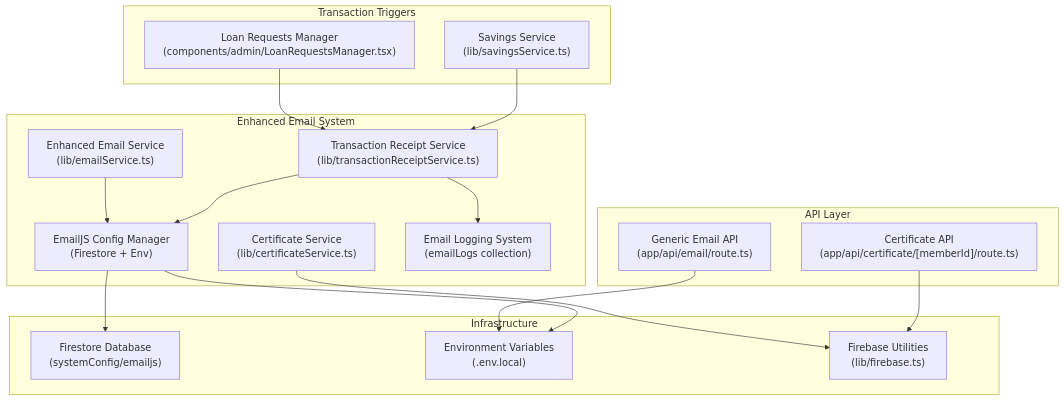
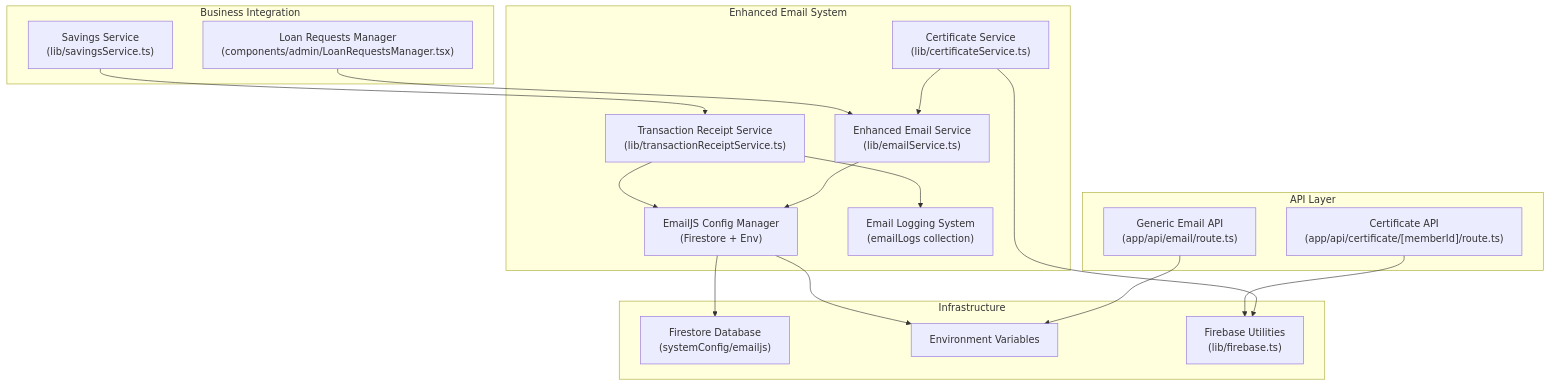
The first of 5 diagrams in .qoder/repowiki/en/content/Email & Notification System/Email & Notification System.md (Unsure-bry/sampacoop_system), drawn with Mermaid before and after one commit. The commit also changed other lines of this file and 24 other files, not shown here.

````diff
--- a/.qoder/repowiki/en/content/Email & Notification System/Email & Notification System.md
+++ b/.qoder/repowiki/en/content/Email & Notification System/Email & Notification System.md
@@ -57,33 +51,34 @@
 ```mermaid
 graph TB
 subgraph "Enhanced Email System"
 EmailSvc["Enhanced Email Service<br/>(lib/emailService.ts)"]
 TxReceipt["Transaction Receipt Service<br/>(lib/transactionReceiptService.ts)"]
 CertGen["Certificate Service<br/>(lib/certificateService.ts)"]
 EmailJSConfig["EmailJS Config Manager<br/>(Firestore + Env)"]
 EmailLogs["Email Logging System<br/>(emailLogs collection)"]
 end
 subgraph "API Layer"
 EmailAPI["Generic Email API<br/>(app/api/email/route.ts)"]
 CertRoute["Certificate API<br/>(app/api/certificate/[memberId]/route.ts)"]
 end
+subgraph "Business Integration"
+LoanMgr["Loan Requests Manager<br/>(components/admin/LoanRequestsManager.tsx)"]
+SavingsSvc["Savings Service<br/>(lib/savingsService.ts)"]
+end
 subgraph "Infrastructure"
 Firestore["Firestore Database<br/>(systemConfig/emailjs)"]
-Env["Environment Variables<br/>(.env.local)"]
+Env["Environment Variables<br/>"]
 Firebase["Firebase Utilities<br/>(lib/firebase.ts)"]
-end
-subgraph "Transaction Triggers"
-LoanMgr["Loan Requests Manager<br/>(components/admin/LoanRequestsManager.tsx)"]
-SavingsSvc["Savings Service<br/>(lib/savingsService.ts)"]
 end
 EmailSvc --> EmailJSConfig
 TxReceipt --> EmailJSConfig
 TxReceipt --> EmailLogs
 CertGen --> Firebase
+CertGen --> EmailSvc
+LoanMgr --> EmailSvc
+SavingsSvc --> TxReceipt
 EmailAPI --> Env
 CertRoute --> Firebase
-LoanMgr --> TxReceipt
-SavingsSvc --> TxReceipt
 EmailJSConfig --> Firestore
 EmailJSConfig --> Env
 ```
````
